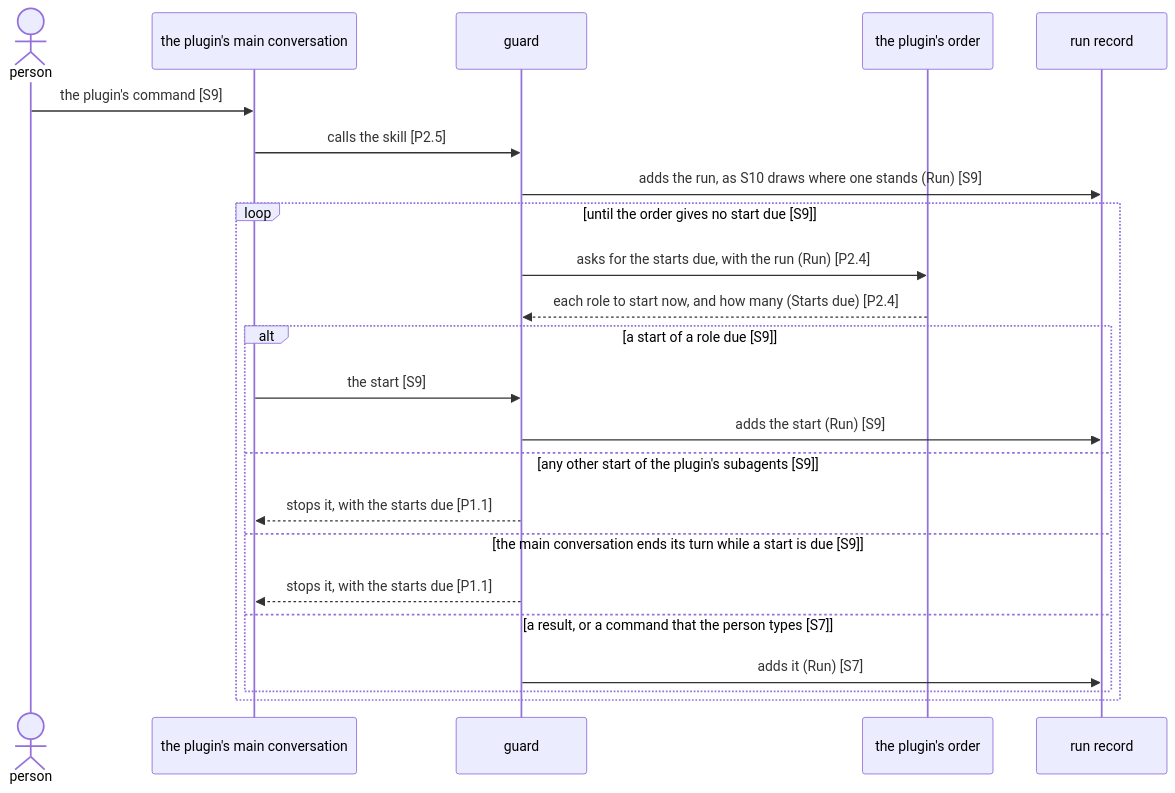
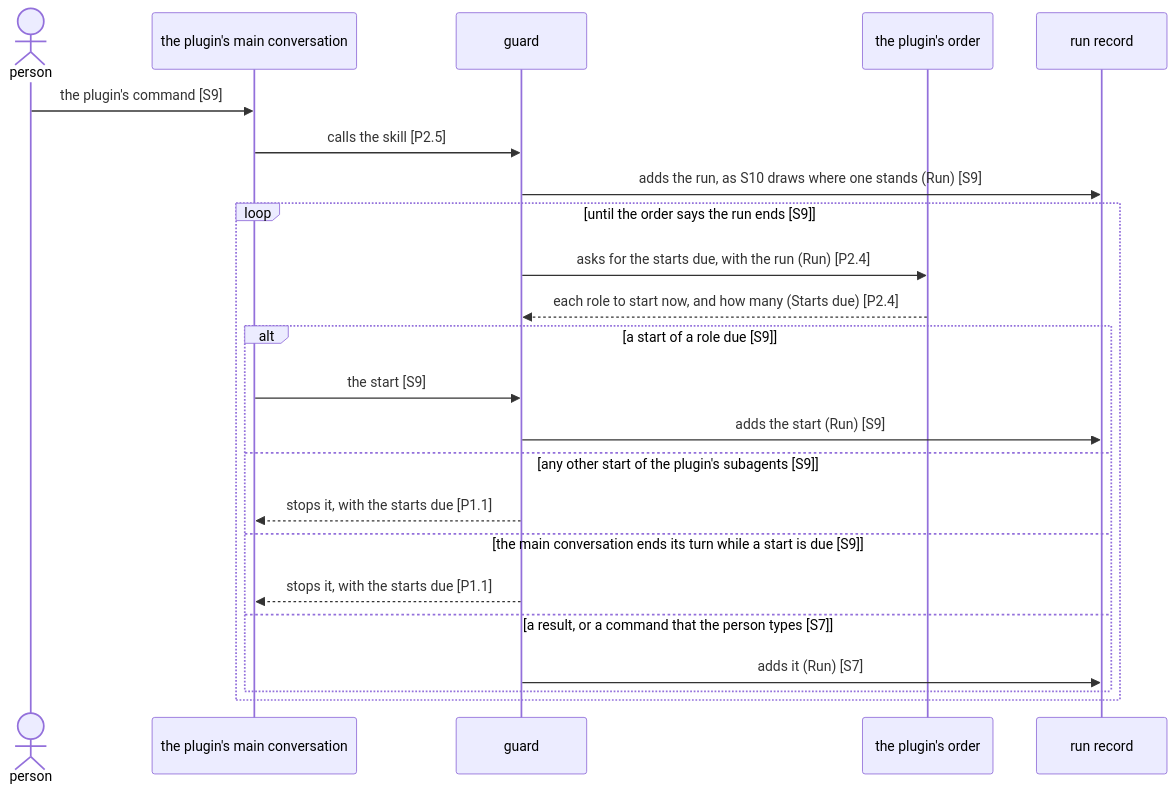
The first of 2 diagrams in dev/lane/architecture.md (lovaizu/ccpm), drawn with Mermaid before and after one commit. The commit also changed other lines of this file and 1 other file, not shown here.

````diff
--- a/dev/lane/architecture.md
+++ b/dev/lane/architecture.md
@@ -116,25 +121,25 @@
 ```mermaid
 sequenceDiagram
   actor U as person
   participant M as the plugin's main conversation
   participant G as guard
   participant O as the plugin's order
   participant RR as run record
   U->>M: the plugin's command [S9]
   M->>G: calls the skill [P2.5]
   G->>RR: adds the run, as S10 draws where one stands (Run) [S9]
-  loop until the order gives no start due [S9]
+  loop until the order says the run ends [S9]
     G->>O: asks for the starts due, with the run (Run) [P2.4]
     O-->>G: each role to start now, and how many (Starts due) [P2.4]
     alt a start of a role due [S9]
       M->>G: the start [S9]
       G->>RR: adds the start (Run) [S9]
     else any other start of the plugin's subagents [S9]
       G-->>M: stops it, with the starts due [P1.1]
     else the main conversation ends its turn while a start is due [S9]
       G-->>M: stops it, with the starts due [P1.1]
     else a result, or a command that the person types [S7]
       G->>RR: adds it (Run) [S7]
     end
   end
 ```
````
